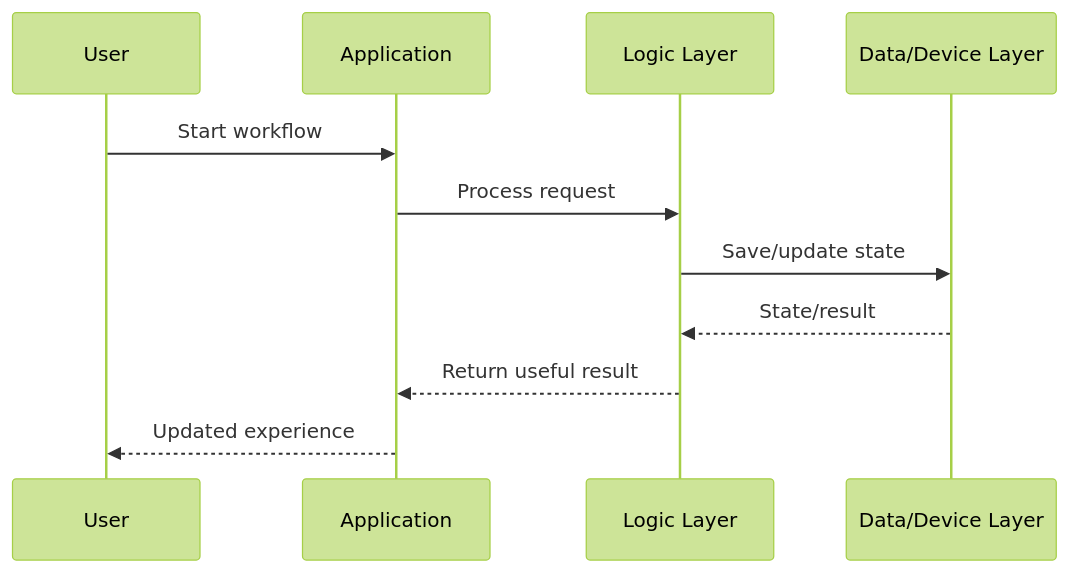
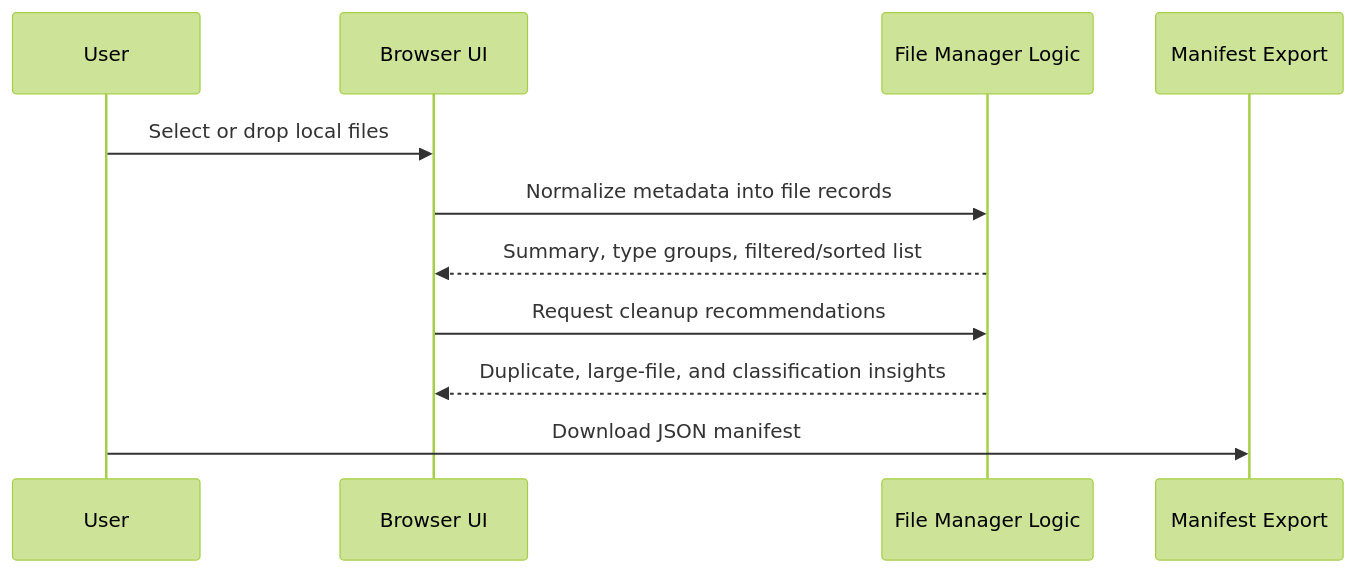
Before and after one commit to bhedanikhilkumar-code/FileManager: the third of 3 diagrams in README.md, drawn with Mermaid (forest theme). The commit also changed other lines of this file and 13 other files, not shown here.

````diff
--- a/README.md
+++ b/README.md
@@ -131,13 +139,13 @@
 ```mermaid
 sequenceDiagram
     participant U as User
-    participant A as Application
-    participant L as Logic Layer
-    participant D as Data/Device Layer
-    U->>A: Start workflow
-    A->>L: Process request
-    L->>D: Save/update state
-    D-->>L: State/result
-    L-->>A: Return useful result
-    A-->>U: Updated experience
+    participant UI as Browser UI
+    participant Core as File Manager Logic
+    participant Export as Manifest Export
+    U->>UI: Select or drop local files
+    UI->>Core: Normalize metadata into file records
+    Core-->>UI: Summary, type groups, filtered/sorted list
+    UI->>Core: Request cleanup recommendations
+    Core-->>UI: Duplicate, large-file, and classification insights
+    U->>Export: Download JSON manifest
 ```
````
